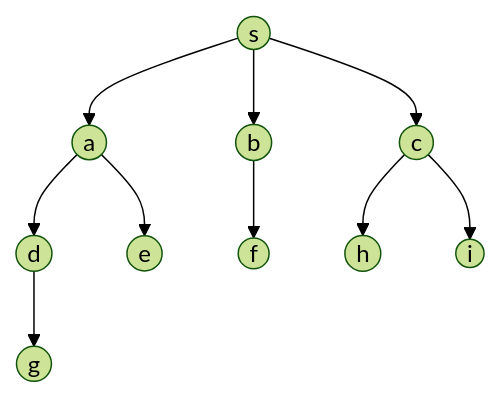
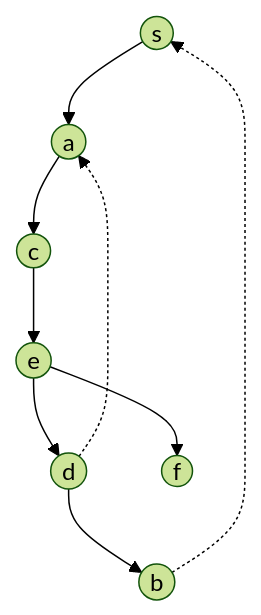
One commit to Meer-Matze/Meer-Matze.github.io changed the fifth of 5 diagrams in src/content/posts/图.md. Above: the diagram before and after it, drawn with Mermaid (forest theme). The commit also changed other lines of this file, not shown here.

Commit message:
修正了图论中大量问题

````diff
--- a/src/content/posts/图.md
+++ b/src/content/posts/图.md
@@ -311,12 +411,11 @@
 ```mermaid
 graph TD
   s((s)) --> a((a))
-  a --> d((d))
-  d --> g((g))
-  a --> e((e))
-  s --> b((b))
-  b --> f((f))
-  s --> c((c))
-  c --> h((h))
-  c --> i((i))
+  a --> c((c))
+  c --> e((e))
+  e --> d((d))
+  d --> b((b))
+  e --> f((f))
+  d -.-> a
+  b -.-> s
 ```
````
